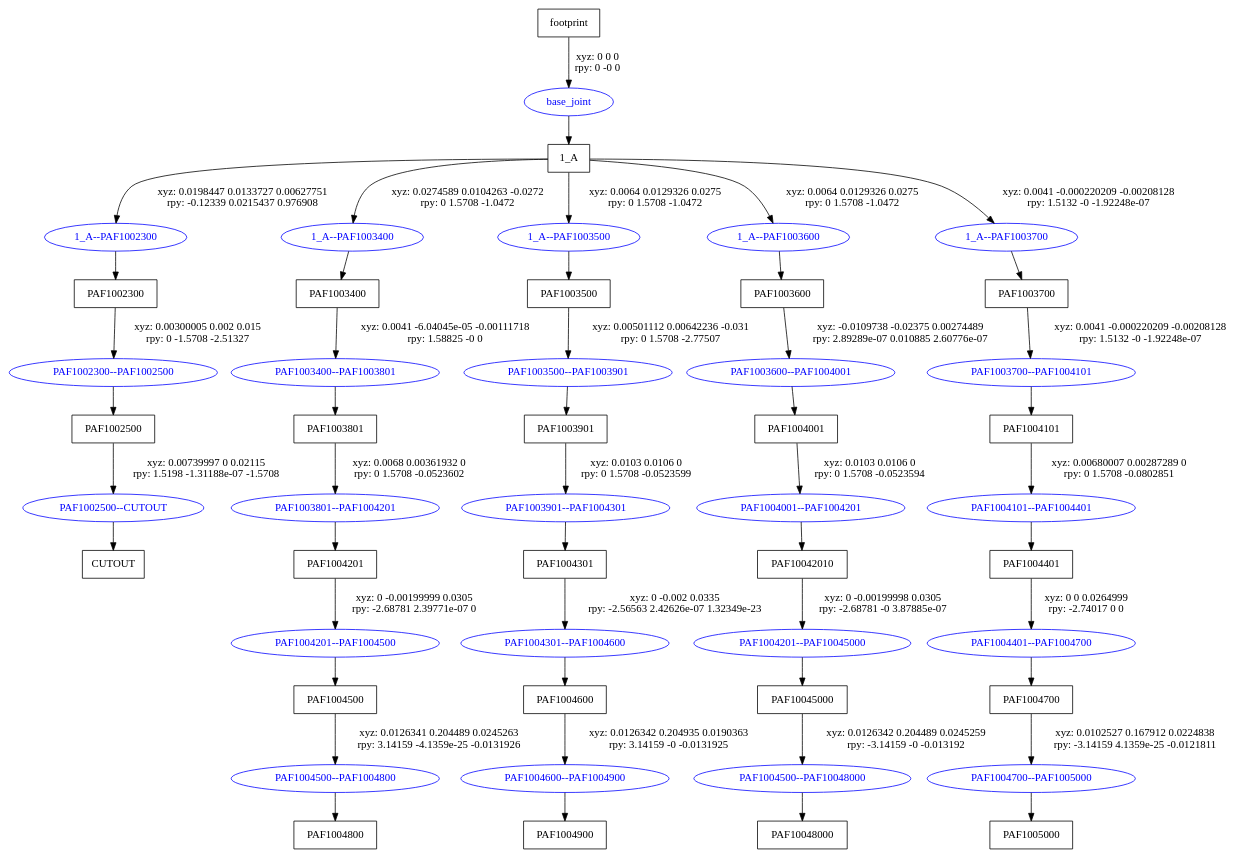
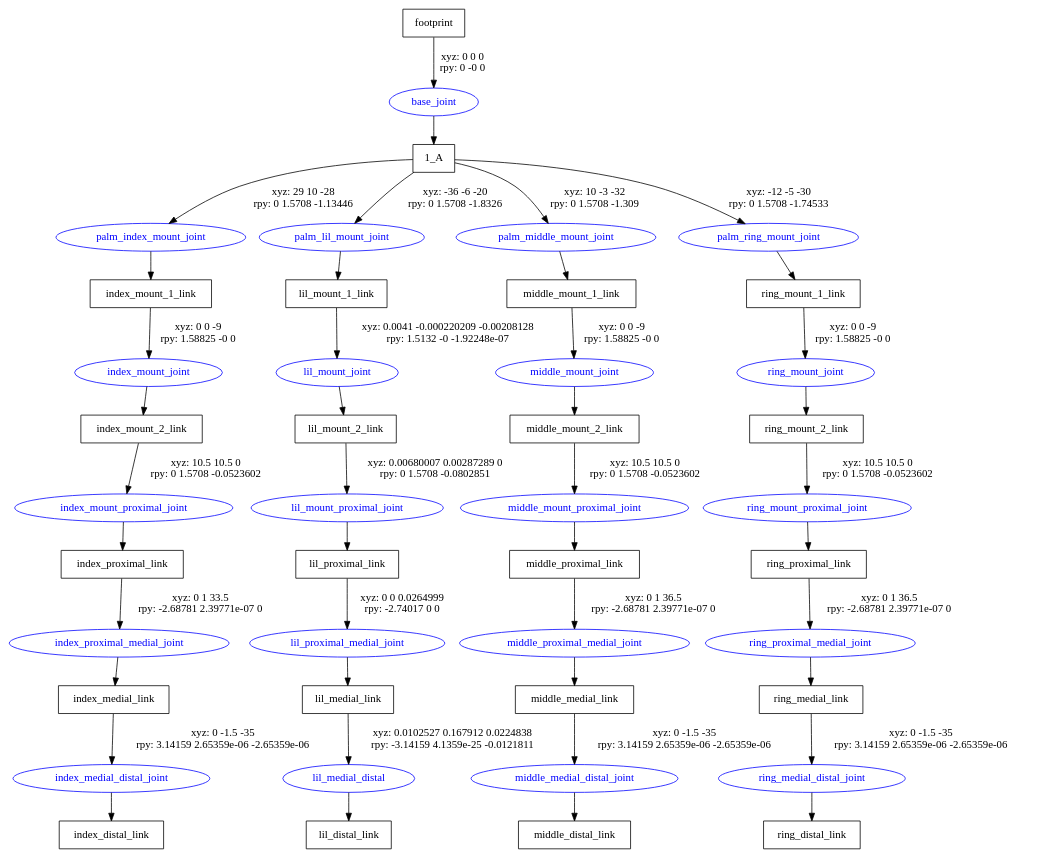
Before and after one commit to ajaygunalan/dummy_demo_ws: the diagram in advr_mob_plt_description/urdf/COVER.gv, drawn with Graphviz. The commit also changed 5 other files, not shown here.

```diff
--- a/advr_mob_plt_description/urdf/COVER.gv
+++ b/advr_mob_plt_description/urdf/COVER.gv
@@ -1,77 +1,68 @@
 digraph G {
 node [shape=box];
 "footprint" [label="footprint"];
 "1_A" [label="1_A"];
-"PAF1002300" [label="PAF1002300"];
-"PAF1002500" [label="PAF1002500"];
-"CUTOUT" [label="CUTOUT"];
-"PAF1003400" [label="PAF1003400"];
-"PAF1003801" [label="PAF1003801"];
-"PAF1004201" [label="PAF1004201"];
-"PAF1004500" [label="PAF1004500"];
-"PAF1004800" [label="PAF1004800"];
-"PAF1003500" [label="PAF1003500"];
-"PAF1003901" [label="PAF1003901"];
-"PAF1004301" [label="PAF1004301"];
-"PAF1004600" [label="PAF1004600"];
-"PAF1004900" [label="PAF1004900"];
-"PAF1003600" [label="PAF1003600"];
-"PAF1004001" [label="PAF1004001"];
-"PAF10042010" [label="PAF10042010"];
-"PAF10045000" [label="PAF10045000"];
-"PAF10048000" [label="PAF10048000"];
-"PAF1003700" [label="PAF1003700"];
-"PAF1004101" [label="PAF1004101"];
-"PAF1004401" [label="PAF1004401"];
-"PAF1004700" [label="PAF1004700"];
-"PAF1005000" [label="PAF1005000"];
+"index_mount_1_link" [label="index_mount_1_link"];
+"index_mount_2_link" [label="index_mount_2_link"];
+"index_proximal_link" [label="index_proximal_link"];
+"index_medial_link" [label="index_medial_link"];
+"index_distal_link" [label="index_distal_link"];
+"lil_mount_1_link" [label="lil_mount_1_link"];
+"lil_mount_2_link" [label="lil_mount_2_link"];
+"lil_proximal_link" [label="lil_proximal_link"];
+"lil_medial_link" [label="lil_medial_link"];
+"lil_distal_link" [label="lil_distal_link"];
+"middle_mount_1_link" [label="middle_mount_1_link"];
+"middle_mount_2_link" [label="middle_mount_2_link"];
+"middle_proximal_link" [label="middle_proximal_link"];
+"middle_medial_link" [label="middle_medial_link"];
+"middle_distal_link" [label="middle_distal_link"];
+"ring_mount_1_link" [label="ring_mount_1_link"];
+"ring_mount_2_link" [label="ring_mount_2_link"];
+"ring_proximal_link" [label="ring_proximal_link"];
+"ring_medial_link" [label="ring_medial_link"];
+"ring_distal_link" [label="ring_distal_link"];
 node [shape=ellipse, color=blue, fontcolor=blue];
 "footprint" -> "base_joint" [label="xyz: 0 0 0 \nrpy: 0 -0 0"]
 "base_joint" -> "1_A"
-"1_A" -> "1_A--PAF1002300" [label="xyz: 0.0198447 0.0133727 0.00627751 \nrpy: -0.12339 0.0215437 0.976908"]
-"1_A--PAF1002300" -> "PAF1002300"
-"PAF1002300" -> "PAF1002300--PAF1002500" [label="xyz: 0.00300005 0.002 0.015 \nrpy: 0 -1.5708 -2.51327"]
-"PAF1002300--PAF1002500" -> "PAF1002500"
-"PAF1002500" -> "PAF1002500--CUTOUT" [label="xyz: 0.00739997 0 0.02115 \nrpy: 1.5198 -1.31188e-07 -1.5708"]
-"PAF1002500--CUTOUT" -> "CUTOUT"
-"1_A" -> "1_A--PAF1003400" [label="xyz: 0.0274589 0.0104263 -0.0272 \nrpy: 0 1.5708 -1.0472"]
-"1_A--PAF1003400" -> "PAF1003400"
-"PAF1003400" -> "PAF1003400--PAF1003801" [label="xyz: 0.0041 -6.04045e-05 -0.00111718 \nrpy: 1.58825 -0 0"]
-"PAF1003400--PAF1003801" -> "PAF1003801"
-"PAF1003801" -> "PAF1003801--PAF1004201" [label="xyz: 0.0068 0.00361932 0 \nrpy: 0 1.5708 -0.0523602"]
-"PAF1003801--PAF1004201" -> "PAF1004201"
-"PAF1004201" -> "PAF1004201--PAF1004500" [label="xyz: 0 -0.00199999 0.0305 \nrpy: -2.68781 2.39771e-07 0"]
-"PAF1004201--PAF1004500" -> "PAF1004500"
-"PAF1004500" -> "PAF1004500--PAF1004800" [label="xyz: 0.0126341 0.204489 0.0245263 \nrpy: 3.14159 -4.1359e-25 -0.0131926"]
-"PAF1004500--PAF1004800" -> "PAF1004800"
-"1_A" -> "1_A--PAF1003500" [label="xyz: 0.0064 0.0129326 0.0275 \nrpy: 0 1.5708 -1.0472"]
-"1_A--PAF1003500" -> "PAF1003500"
-"PAF1003500" -> "PAF1003500--PAF1003901" [label="xyz: 0.00501112 0.00642236 -0.031 \nrpy: 0 1.5708 -2.77507"]
-"PAF1003500--PAF1003901" -> "PAF1003901"
-"PAF1003901" -> "PAF1003901--PAF1004301" [label="xyz: 0.0103 0.0106 0 \nrpy: 0 1.5708 -0.0523599"]
-"PAF1003901--PAF1004301" -> "PAF1004301"
-"PAF1004301" -> "PAF1004301--PAF1004600" [label="xyz: 0 -0.002 0.0335 \nrpy: -2.56563 2.42626e-07 1.32349e-23"]
-"PAF1004301--PAF1004600" -> "PAF1004600"
-"PAF1004600" -> "PAF1004600--PAF1004900" [label="xyz: 0.0126342 0.204935 0.0190363 \nrpy: 3.14159 -0 -0.0131925"]
-"PAF1004600--PAF1004900" -> "PAF1004900"
-"1_A" -> "1_A--PAF1003600" [label="xyz: 0.0064 0.0129326 0.0275 \nrpy: 0 1.5708 -1.0472"]
-"1_A--PAF1003600" -> "PAF1003600"
-"PAF1003600" -> "PAF1003600--PAF1004001" [label="xyz: -0.0109738 -0.02375 0.00274489 \nrpy: 2.89289e-07 0.010885 2.60776e-07"]
-"PAF1003600--PAF1004001" -> "PAF1004001"
-"PAF1004001" -> "PAF1004001--PAF1004201" [label="xyz: 0.0103 0.0106 0 \nrpy: 0 1.5708 -0.0523594"]
-"PAF1004001--PAF1004201" -> "PAF10042010"
-"PAF10042010" -> "PAF1004201--PAF10045000" [label="xyz: 0 -0.00199998 0.0305 \nrpy: -2.68781 -0 3.87885e-07"]
-"PAF1004201--PAF10045000" -> "PAF10045000"
-"PAF10045000" -> "PAF1004500--PAF10048000" [label="xyz: 0.0126342 0.204489 0.0245259 \nrpy: -3.14159 -0 -0.013192"]
-"PAF1004500--PAF10048000" -> "PAF10048000"
-"1_A" -> "1_A--PAF1003700" [label="xyz: 0.0041 -0.000220209 -0.00208128 \nrpy: 1.5132 -0 -1.92248e-07"]
-"1_A--PAF1003700" -> "PAF1003700"
-"PAF1003700" -> "PAF1003700--PAF1004101" [label="xyz: 0.0041 -0.000220209 -0.00208128 \nrpy: 1.5132 -0 -1.92248e-07"]
-"PAF1003700--PAF1004101" -> "PAF1004101"
-"PAF1004101" -> "PAF1004101--PAF1004401" [label="xyz: 0.00680007 0.00287289 0 \nrpy: 0 1.5708 -0.0802851"]
-"PAF1004101--PAF1004401" -> "PAF1004401"
-"PAF1004401" -> "PAF1004401--PAF1004700" [label="xyz: 0 0 0.0264999 \nrpy: -2.74017 0 0"]
-"PAF1004401--PAF1004700" -> "PAF1004700"
-"PAF1004700" -> "PAF1004700--PAF1005000" [label="xyz: 0.0102527 0.167912 0.0224838 \nrpy: -3.14159 4.1359e-25 -0.0121811"]
-"PAF1004700--PAF1005000" -> "PAF1005000"
+"1_A" -> "palm_index_mount_joint" [label="xyz: 29 10 -28 \nrpy: 0 1.5708 -1.13446"]
+"palm_index_mount_joint" -> "index_mount_1_link"
+"index_mount_1_link" -> "index_mount_joint" [label="xyz: 0 0 -9 \nrpy: 1.58825 -0 0"]
+"index_mount_joint" -> "index_mount_2_link"
+"index_mount_2_link" -> "index_mount_proximal_joint" [label="xyz: 10.5 10.5 0 \nrpy: 0 1.5708 -0.0523602"]
+"index_mount_proximal_joint" -> "index_proximal_link"
+"index_proximal_link" -> "index_proximal_medial_joint" [label="xyz: 0 1 33.5 \nrpy: -2.68781 2.39771e-07 0"]
+"index_proximal_medial_joint" -> "index_medial_link"
+"index_medial_link" -> "index_medial_distal_joint" [label="xyz: 0 -1.5 -35 \nrpy: 3.14159 2.65359e-06 -2.65359e-06"]
+"index_medial_distal_joint" -> "index_distal_link"
+"1_A" -> "palm_lil_mount_joint" [label="xyz: -36 -6 -20 \nrpy: 0 1.5708 -1.8326"]
+"palm_lil_mount_joint" -> "lil_mount_1_link"
+"lil_mount_1_link" -> "lil_mount_joint" [label="xyz: 0.0041 -0.000220209 -0.00208128 \nrpy: 1.5132 -0 -1.92248e-07"]
+"lil_mount_joint" -> "lil_mount_2_link"
+"lil_mount_2_link" -> "lil_mount_proximal_joint" [label="xyz: 0.00680007 0.00287289 0 \nrpy: 0 1.5708 -0.0802851"]
+"lil_mount_proximal_joint" -> "lil_proximal_link"
+"lil_proximal_link" -> "lil_proximal_medial_joint" [label="xyz: 0 0 0.0264999 \nrpy: -2.74017 0 0"]
+"lil_proximal_medial_joint" -> "lil_medial_link"
+"lil_medial_link" -> "lil_medial_distal" [label="xyz: 0.0102527 0.167912 0.0224838 \nrpy: -3.14159 4.1359e-25 -0.0121811"]
+"lil_medial_distal" -> "lil_distal_link"
+"1_A" -> "palm_middle_mount_joint" [label="xyz: 10 -3 -32 \nrpy: 0 1.5708 -1.309"]
+"palm_middle_mount_joint" -> "middle_mount_1_link"
+"middle_mount_1_link" -> "middle_mount_joint" [label="xyz: 0 0 -9 \nrpy: 1.58825 -0 0"]
+"middle_mount_joint" -> "middle_mount_2_link"
+"middle_mount_2_link" -> "middle_mount_proximal_joint" [label="xyz: 10.5 10.5 0 \nrpy: 0 1.5708 -0.0523602"]
+"middle_mount_proximal_joint" -> "middle_proximal_link"
+"middle_proximal_link" -> "middle_proximal_medial_joint" [label="xyz: 0 1 36.5 \nrpy: -2.68781 2.39771e-07 0"]
+"middle_proximal_medial_joint" -> "middle_medial_link"
+"middle_medial_link" -> "middle_medial_distal_joint" [label="xyz: 0 -1.5 -35 \nrpy: 3.14159 2.65359e-06 -2.65359e-06"]
+"middle_medial_distal_joint" -> "middle_distal_link"
+"1_A" -> "palm_ring_mount_joint" [label="xyz: -12 -5 -30 \nrpy: 0 1.5708 -1.74533"]
+"palm_ring_mount_joint" -> "ring_mount_1_link"
+"ring_mount_1_link" -> "ring_mount_joint" [label="xyz: 0 0 -9 \nrpy: 1.58825 -0 0"]
+"ring_mount_joint" -> "ring_mount_2_link"
+"ring_mount_2_link" -> "ring_mount_proximal_joint" [label="xyz: 10.5 10.5 0 \nrpy: 0 1.5708 -0.0523602"]
+"ring_mount_proximal_joint" -> "ring_proximal_link"
+"ring_proximal_link" -> "ring_proximal_medial_joint" [label="xyz: 0 1 36.5 \nrpy: -2.68781 2.39771e-07 0"]
+"ring_proximal_medial_joint" -> "ring_medial_link"
+"ring_medial_link" -> "ring_medial_distal_joint" [label="xyz: 0 -1.5 -35 \nrpy: 3.14159 2.65359e-06 -2.65359e-06"]
+"ring_medial_distal_joint" -> "ring_distal_link"
 }
```
